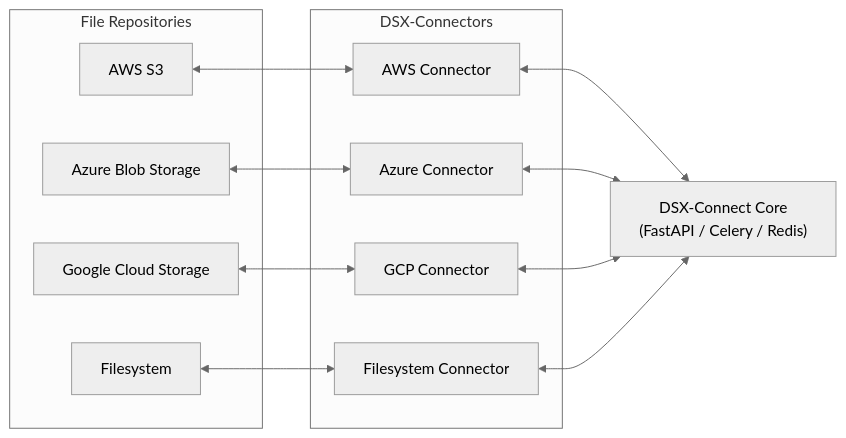
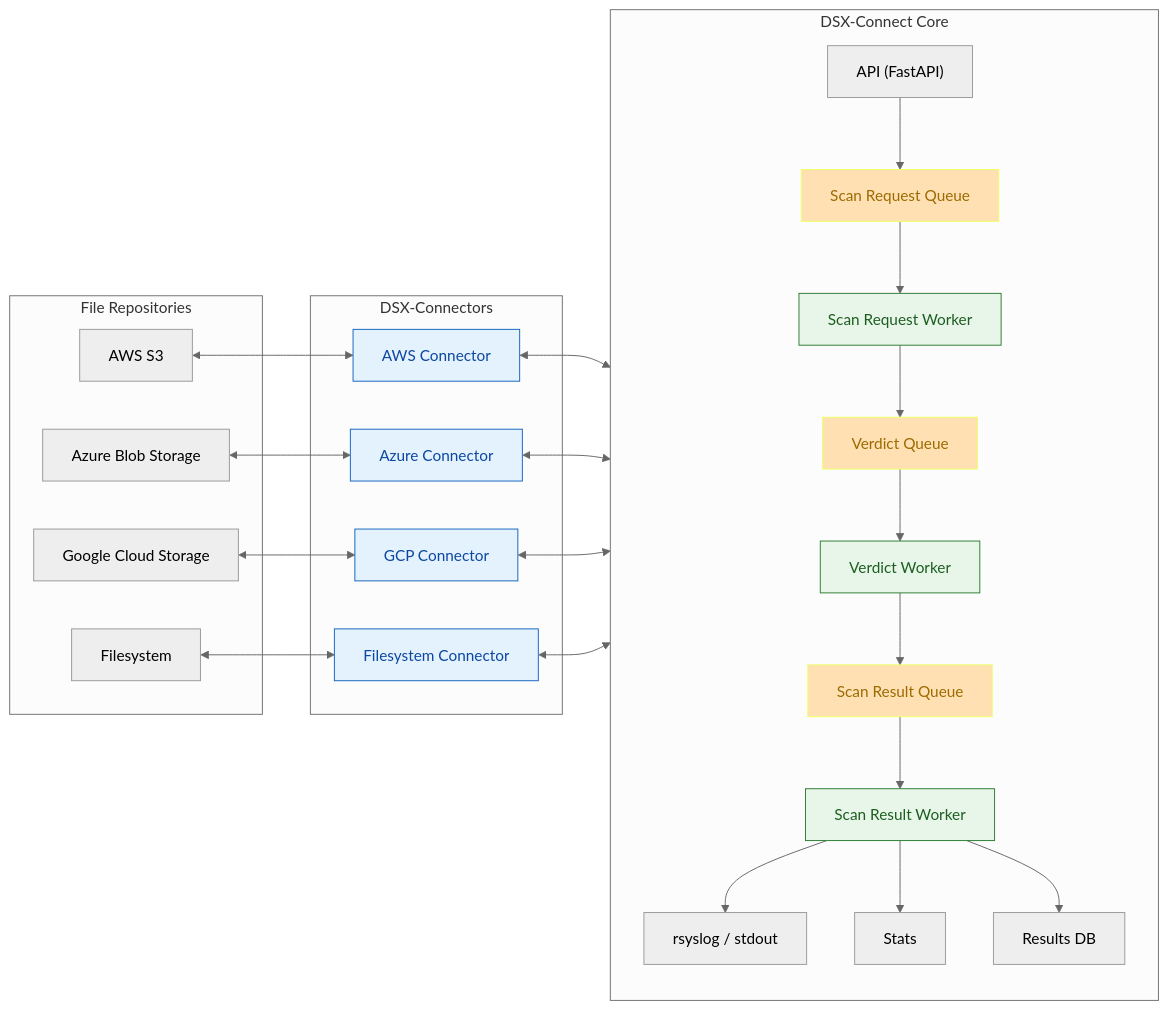
Before and after one commit to logang-di/dsx-connect: the first of 2 diagrams in docs/overview.md, drawn with Mermaid (neutral theme). The commit also changed other lines of this file and 17 other files, not shown here.

````diff
--- a/docs/overview.md
+++ b/docs/overview.md
@@ -57,38 +59,66 @@
 ```mermaid
 flowchart LR
 %% Define Repositories (left column)
     subgraph Repositories["File Repositories"]
         AWSRepo["AWS S3"]
         AzureRepo["Azure Blob Storage"]
         GCPRepo["Google Cloud Storage"]
         FSRepo["Filesystem"]
     end
 
 %% Define Connectors (middle column)
     subgraph Connectors["DSX-Connectors"]
         AWSConn["AWS Connector"]
         AzureConn["Azure Connector"]
         GCPConn["GCP Connector"]
         FSConn["Filesystem Connector"]
     end
 
 %% Define Core System (right column)
-    DSX["DSX-Connect Core\n(FastAPI / Celery / Redis)"]
+    subgraph DSX["DSX-Connect Core"]
+      direction TB
+      API["API (FastAPI)"]
+      SRQ["Scan Request Queue"]
+      SRW["Scan Request Worker"]
+      VQ["Verdict Queue"]
+      VW["Verdict Worker"]
+      RQ["Scan Result Queue"]
+      RW["Scan Result Worker"]
+      RSYS["rsyslog / stdout"]
+      STATS["Stats"]
+      RDB["Results DB"]
+
+      %% Force a vertical flow
+      API --> SRQ
+      SRQ --> SRW
+      SRW --> VQ
+      VQ --> VW
+      VW --> RQ
+      RQ --> RW
+      RW --> RSYS
+      RW --> STATS
+      RW --> RDB
+    end
 
 %% Relationships (bidirectional)
     AWSRepo <--> AWSConn
     AzureRepo <--> AzureConn
     GCPRepo <--> GCPConn
     FSRepo <--> FSConn
 
-    AWSConn <--> DSX
-    AzureConn <--> DSX
-    GCPConn <--> DSX
-    FSConn <--> DSX
+    AWSConn <--> API
+    AzureConn <--> API
+    GCPConn <--> API
+    FSConn <--> API
 
 %% Styling for clarity
     classDef repo fill:#e3f2fd,stroke:#1565c0,color:#0d47a1,stroke-width:1px;
-    classDef conn fill:#e8f5e9,stroke:#2e7d32,color:#1b5e20,stroke-width:1px;
-    classDef core fill:#fff3e0,stroke:#ef6
+    classDef conn fill:#e3f2fd,stroke:#1565c0,color:#0d47a1,stroke-width:1px;
+    classDef core fill:#fff3e0,stroke:#ef6,color:#9c6a00,stroke-width:1px;
+    classDef queue fill:#ffe0b2,stroke:#ef6,color:#9c6a00,stroke-width:1px;
+    classDef worker fill:#e8f5e9,stroke:#2e7d32,color:#1b5e20,stroke-width:1px;
+    class AWSConn,AzureConn,GCPConn,FSConn conn;
+    class SRQ,VQ,RQ queue;
+    class SRW,VW,RW worker;
 
 ```
````
